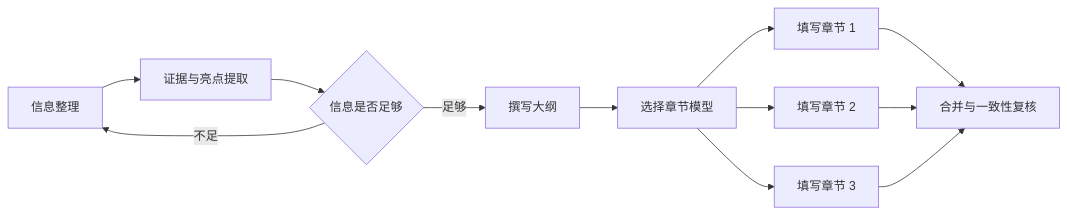
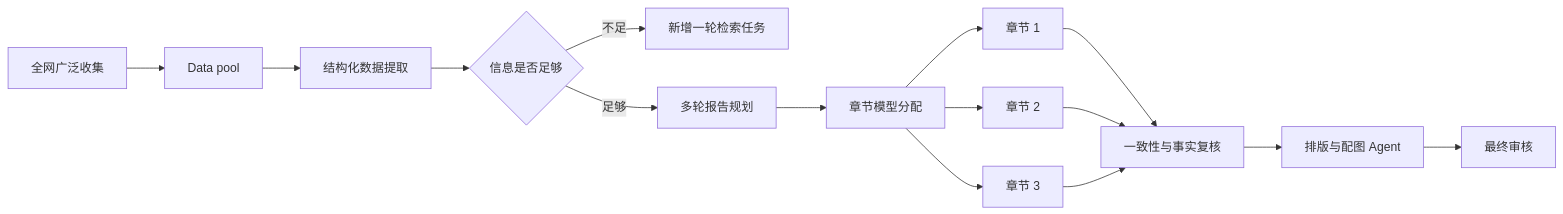
Before and after one commit to Dengk3Li/personal-ai-os-core: the third of 3 diagrams in docs/DEVELOPMENT_TASKBOOK_V0.6.md, drawn with Mermaid. The commit also changed other lines of this file and 13 other files, not shown here.

````diff
--- a/docs/DEVELOPMENT_TASKBOOK_V0.6.md
+++ b/docs/DEVELOPMENT_TASKBOOK_V0.6.md
@@ -166,14 +216,17 @@
 ```mermaid
 flowchart LR
-    I[信息整理] --> E[证据与亮点提取]
-    E --> G{信息是否足够}
-    G -->|不足| I
-    G -->|足够| O[撰写大纲]
-    O --> M[选择章节模型]
-    M --> S1[填写章节 1]
-    M --> S2[填写章节 2]
-    M --> S3[填写章节 3]
-    S1 --> R[合并与一致性复核]
+    W[全网广泛收集] --> P[Data pool]
+    P --> X[结构化数据提取]
+    X --> G{信息是否足够}
+    G -->|不足| W2[新增一轮检索任务]
+    G -->|足够| O[多轮报告规划]
+    O --> M[章节模型分配]
+    M --> S1[章节 1]
+    M --> S2[章节 2]
+    M --> S3[章节 3]
+    S1 --> R[一致性与事实复核]
     S2 --> R
     S3 --> R
+    R --> V[排版与配图 Agent]
+    V --> H[最终审核]
 ```
````
